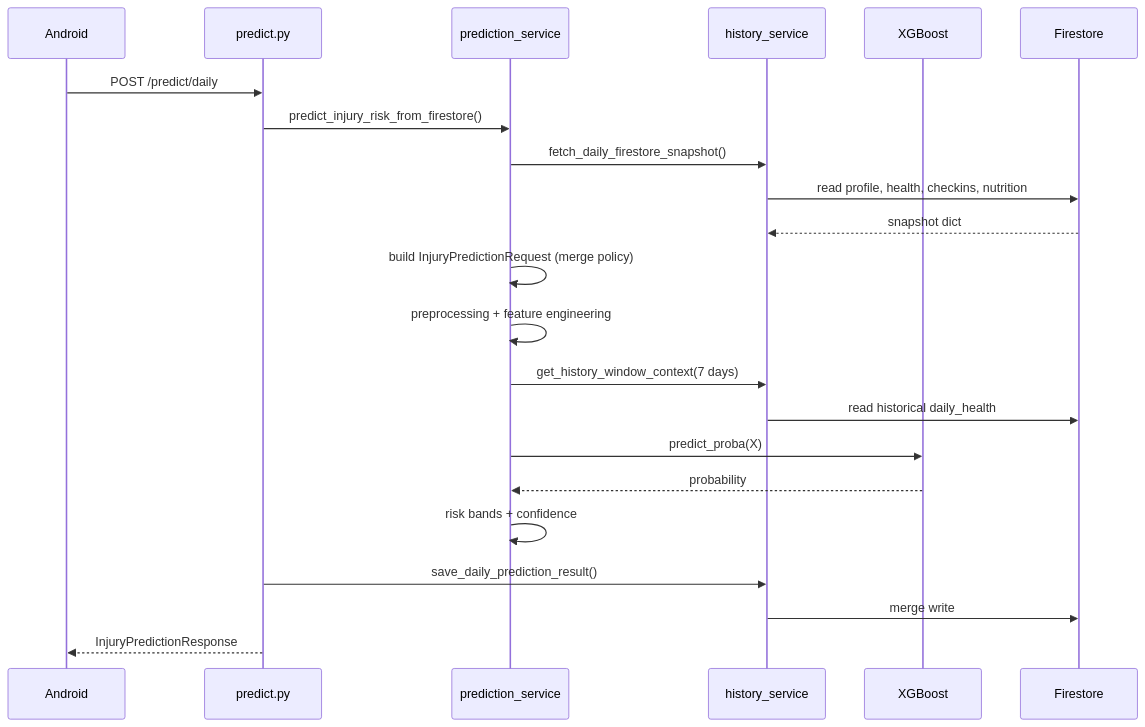
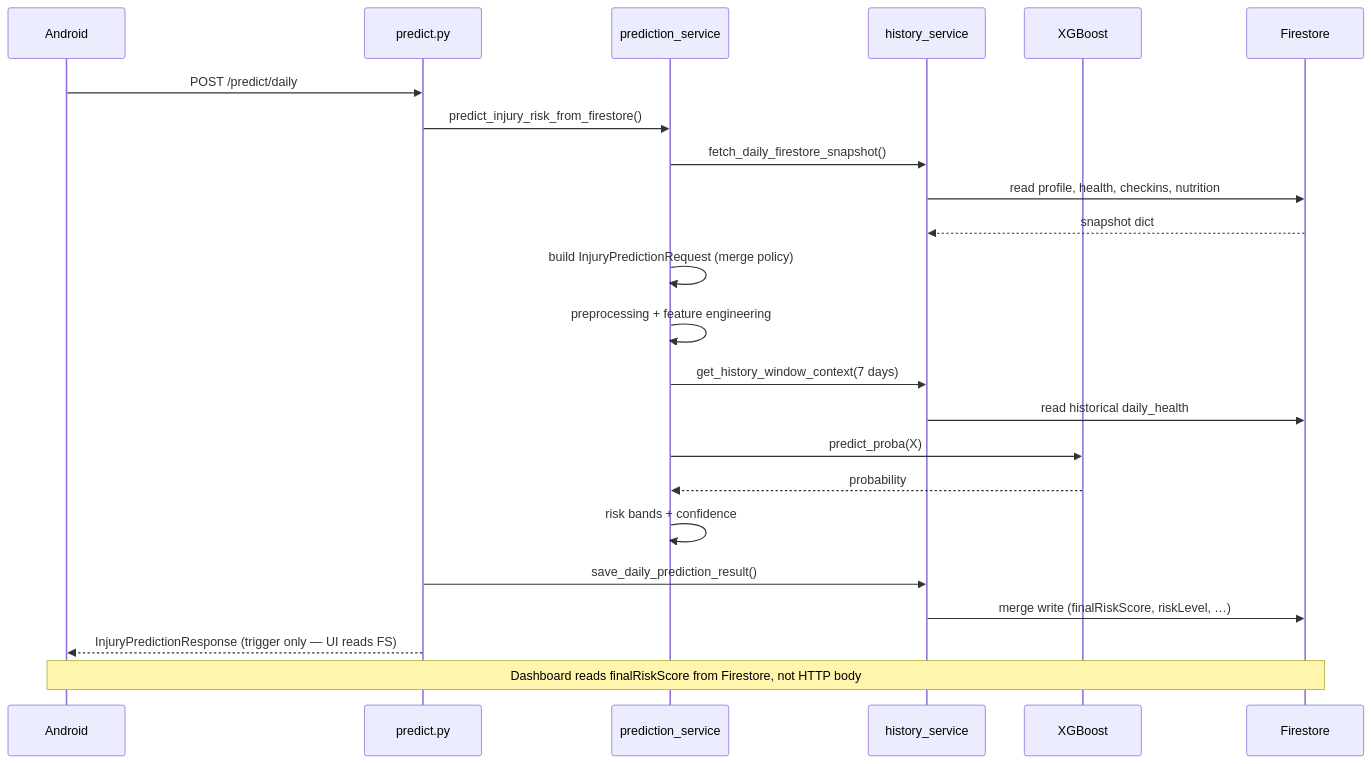
The third of 6 diagrams in backend/docs/HLD.md (yahav97/final_project_AthleAgent), drawn with Mermaid before and after one commit. The commit also changed other lines of this file and 34 other files, not shown here.

````diff
--- a/backend/docs/HLD.md
+++ b/backend/docs/HLD.md
@@ -149,25 +152,26 @@
 ```mermaid
 sequenceDiagram
     participant Client as Android
     participant API as predict.py
     participant PS as prediction_service
     participant HS as history_service
     participant ML as XGBoost
     participant FS as Firestore
 
     Client->>API: POST /predict/daily
     API->>PS: predict_injury_risk_from_firestore()
     PS->>HS: fetch_daily_firestore_snapshot()
     HS->>FS: read profile, health, checkins, nutrition
     FS-->>HS: snapshot dict
     PS->>PS: build InjuryPredictionRequest (merge policy)
     PS->>PS: preprocessing + feature engineering
     PS->>HS: get_history_window_context(7 days)
     HS->>FS: read historical daily_health
     PS->>ML: predict_proba(X)
     ML-->>PS: probability
     PS->>PS: risk bands + confidence
     API->>HS: save_daily_prediction_result()
-    HS->>FS: merge write
-    API-->>Client: InjuryPredictionResponse
+    HS->>FS: merge write (finalRiskScore, riskLevel, …)
+    API-->>Client: InjuryPredictionResponse (trigger only — UI reads FS)
+    Note over Client,FS: Dashboard reads finalRiskScore from Firestore, not HTTP body
 ```
````
